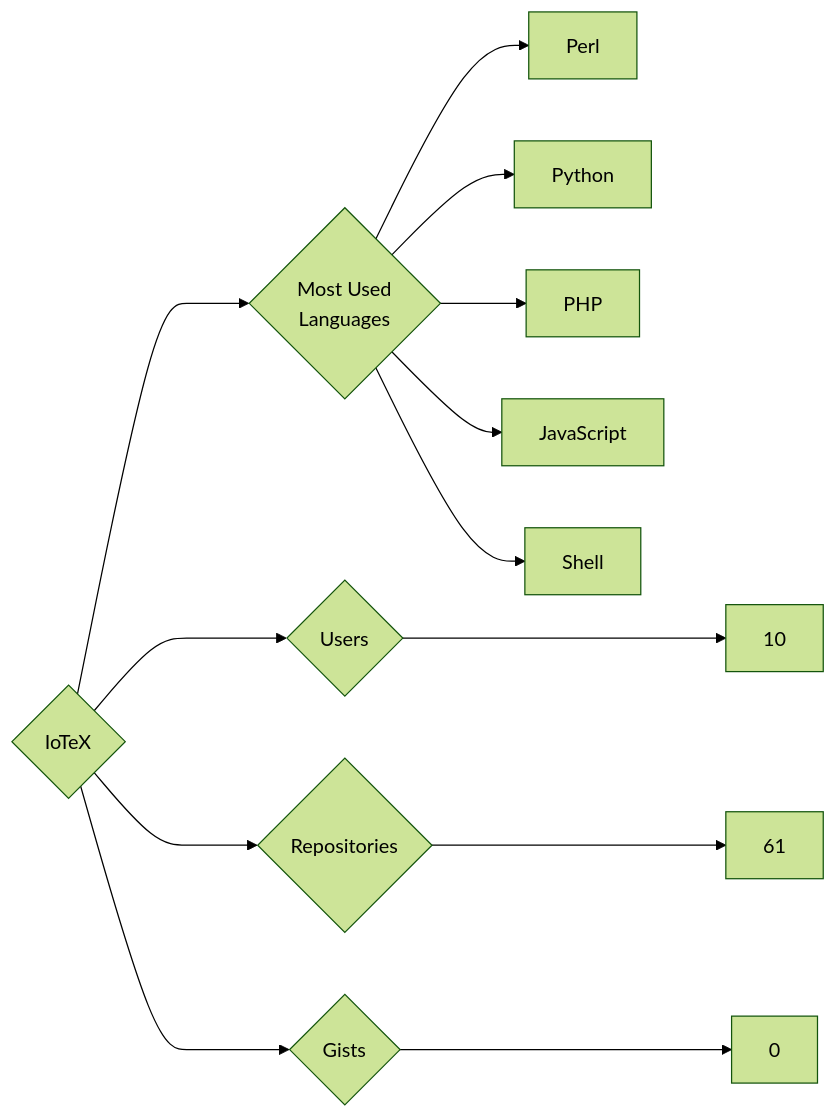
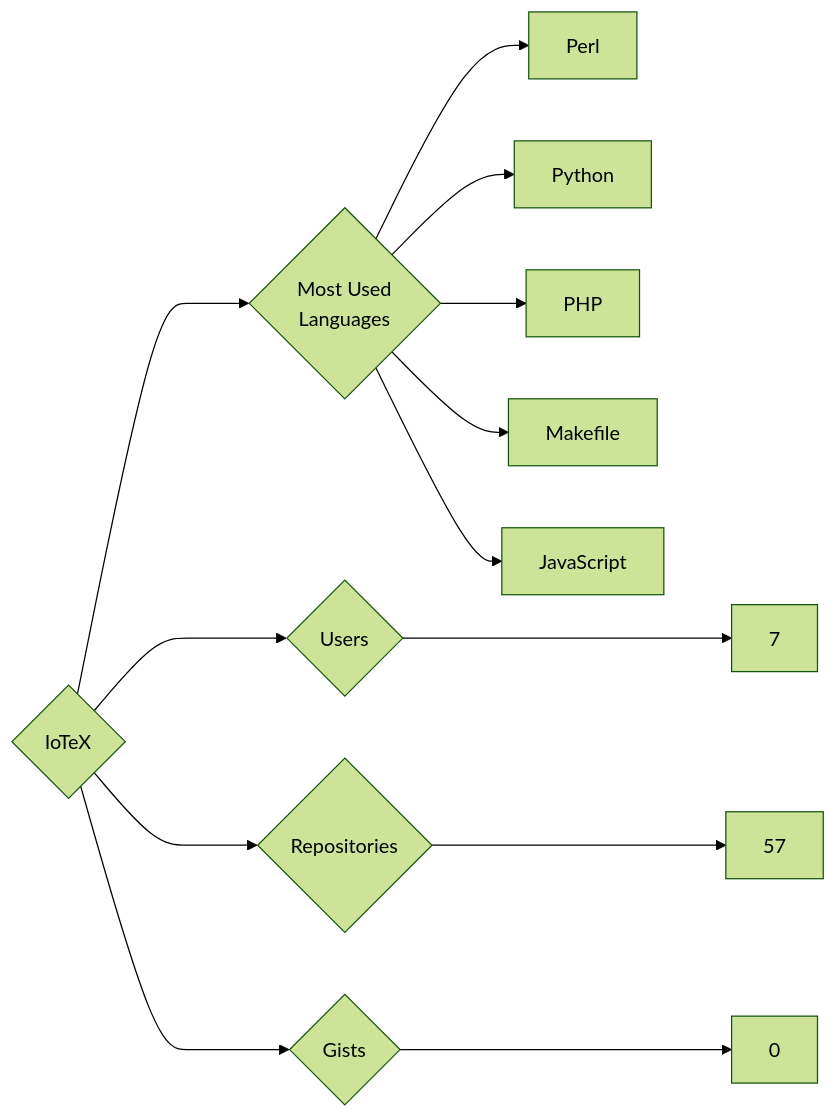
Before and after one commit to trickest/insiders: the diagram in targets/IoTeX/README.md, drawn with Mermaid (forest theme). The commit also changed 1020 other files, not shown here.

````diff
--- a/targets/IoTeX/README.md
+++ b/targets/IoTeX/README.md
@@ -3,13 +3,13 @@
 ```mermaid
 graph LR
 COMPANY_NAME{IoTeX}
-COMPANY_NAME ---> U{Users} ---> UN[10]
-COMPANY_NAME ---> R{Repositories} ---> RN[61]
+COMPANY_NAME ---> U{Users} ---> UN[7]
+COMPANY_NAME ---> R{Repositories} ---> RN[57]
 COMPANY_NAME ---> G{Gists} ---> GN[0]
 COMPANY_NAME ---> ML{Most Used<br>Languages}
 ML --> Perl[Perl]
 ML --> Python[Python]
 ML --> PHP[PHP]
+ML --> Makefile[Makefile]
 ML --> JavaScript[JavaScript]
-ML --> Shell[Shell]
 ```
````
